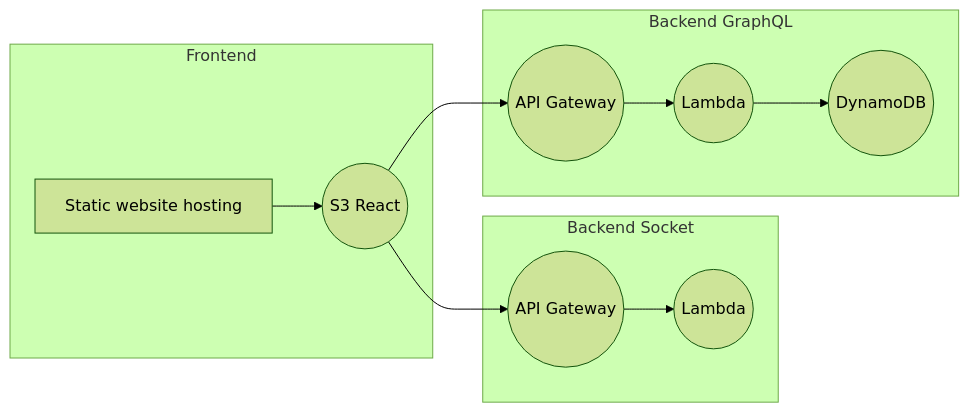
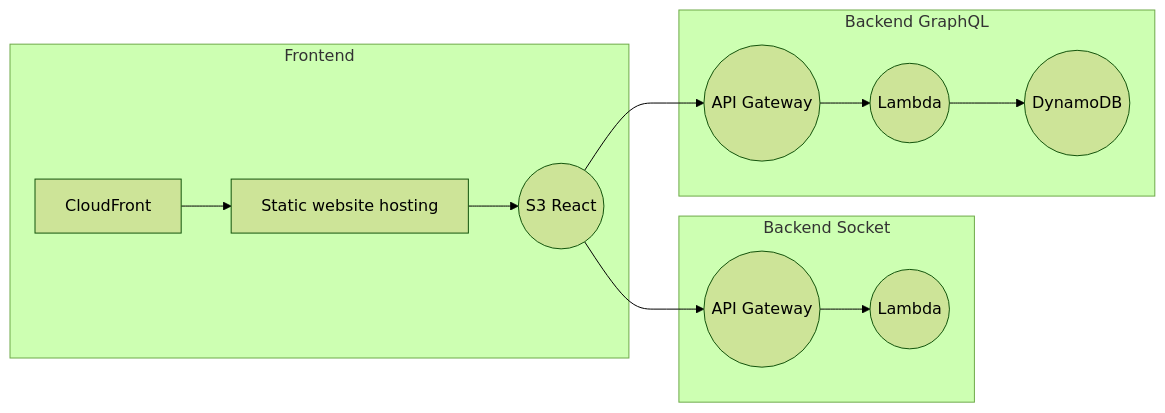
One commit to oouo-diogo-perdigao/votacao-serverless changed the second of 2 diagrams in README.md. Above: the diagram before and after it, drawn with Mermaid (forest theme). The commit also changed other lines of this file, not shown here.

````diff
--- a/README.md
+++ b/README.md
@@ -50,23 +50,24 @@
 ```mermaid
 graph LR
 
 subgraph "Frontend"
+	CloudFront --> SWH[Static website hosting]
 	SWH[Static website hosting] --> s3((S3 React))
 	
 end
 
 subgraph "Backend Socket"
 	s3((S3 React)) --> apigateway
     apigateway((API Gateway))
     lambda((Lambda))
     apigateway --> lambda
 end
 
 subgraph "Backend GraphQL"
 	s3((S3 React)) --> api((API Gateway))
     lambda2((Lambda))
     db((DynamoDB))
     api --> lambda2
     lambda2 --> db
 end
 ```
````
